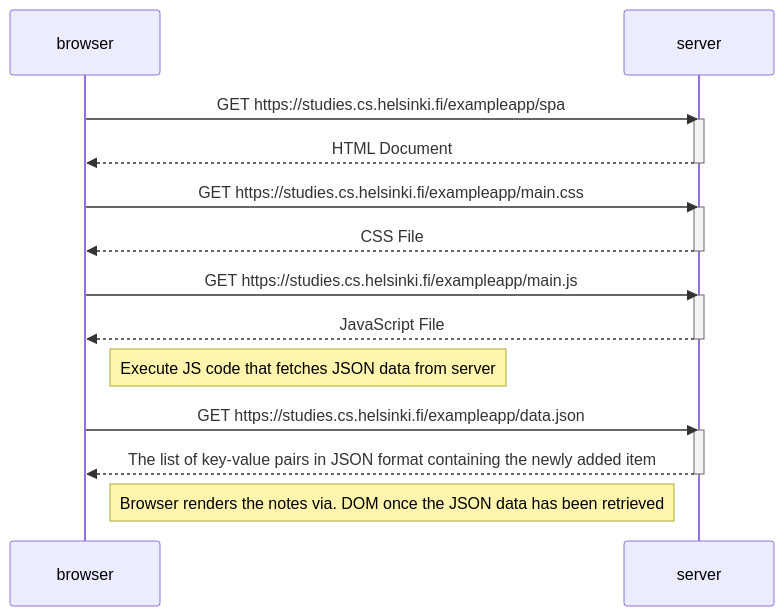
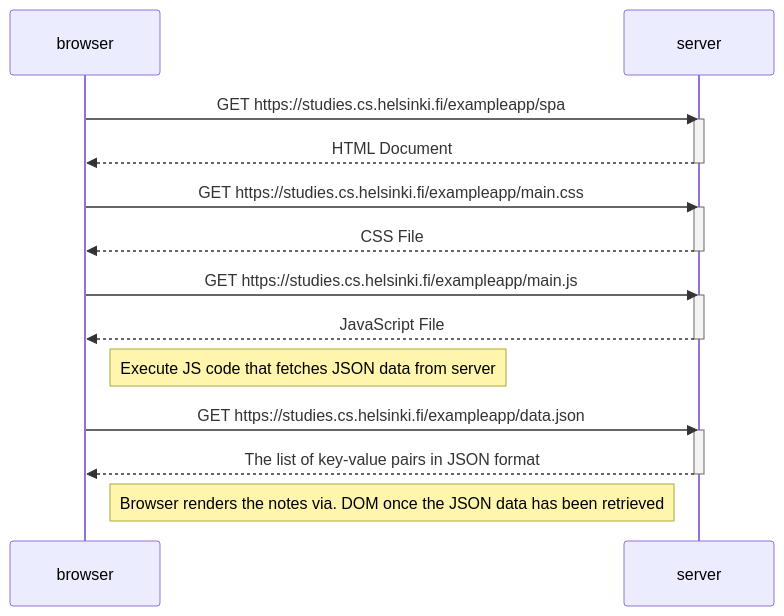
One commit to iDLEWINK/fso-part0 changed the diagram in exer5.md. Above: the diagram before and after it, drawn with Mermaid.

````diff
--- a/exer5.md
+++ b/exer5.md
@@ -1,29 +1,29 @@
 ```mermaid
 sequenceDiagram
     participant browser
     participant server
 
     browser->>server: GET https://studies.cs.helsinki.fi/exampleapp/spa
     activate server
     server-->>browser: HTML Document
     deactivate server
 
     browser->>server: GET https://studies.cs.helsinki.fi/exampleapp/main.css
     activate server
     server-->>browser: CSS File
     deactivate server
 
     browser->>server: GET https://studies.cs.helsinki.fi/exampleapp/main.js
     activate server
     server-->>browser: JavaScript File
     deactivate server
 
     Note right of browser: Execute JS code that fetches JSON data from server
 
     browser->>server: GET https://studies.cs.helsinki.fi/exampleapp/data.json
     activate server
-    server-->>browser: The list of key-value pairs in JSON format containing the newly added item
+    server-->>browser: The list of key-value pairs in JSON format
     deactivate server
 
     Note right of browser: Browser renders the notes via. DOM once the JSON data has been retrieved
 ```
````
